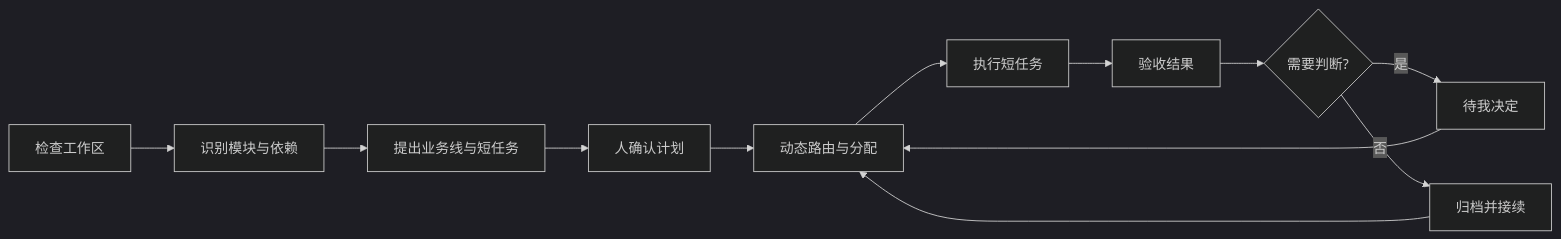
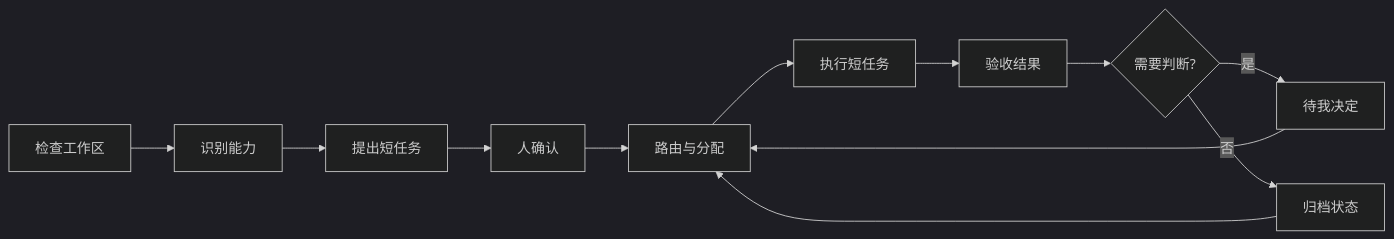
One commit to Dengk3Li/personal-ai-os-core changed the diagram in README.zh-CN.md. Above: the diagram before and after it, drawn with Mermaid (dark theme). The commit also changed other lines of this file and 13 other files, not shown here.

````diff
--- a/README.zh-CN.md
+++ b/README.zh-CN.md
@@ -27,14 +31,14 @@
 ```mermaid
 flowchart LR
-    I[检查工作区] --> M[识别模块与依赖]
-    M --> P[提出业务线与短任务]
-    P --> H[人确认计划]
-    H --> R[动态路由与分配]
+    I[检查工作区] --> M[识别能力]
+    M --> P[提出短任务]
+    P --> H[人确认]
+    H --> R[路由与分配]
     R --> E[执行短任务]
     E --> V[验收结果]
     V --> D{需要判断?}
     D -->|是| G[待我决定]
     G --> R
-    D -->|否| A[归档并接续]
+    D -->|否| A[归档状态]
     A --> R
 ```
````
